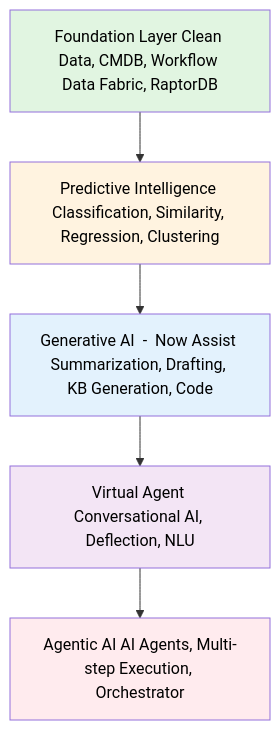
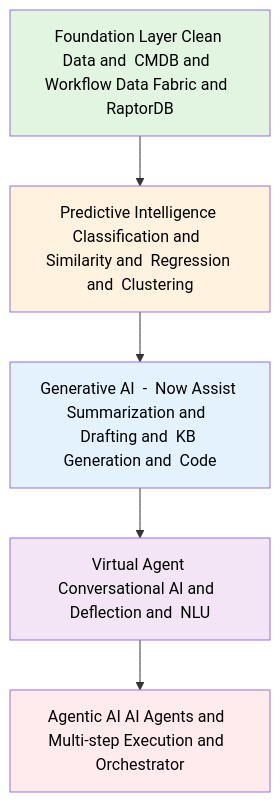
One commit to eltonaguiar/ServiceNow_Learning_TSOM-_CSM_FSM_SalesCRM_HAM_ITSM changed the second of 6 diagrams in docs/modules/ai/ai-guide.md. Above: the diagram before and after it, drawn with Mermaid. The commit also changed other lines of this file and 19 other files, not shown here.

Commit message:
Fix all Mermaid diagram special characters - replace dollar, parens, slashes, quotes, pipes, nested brackets and other unsafe chars inside brackets with safe alternatives across 19 files

````diff
--- a/docs/modules/ai/ai-guide.md
+++ b/docs/modules/ai/ai-guide.md
@@ -1105,13 +1105,13 @@
 ```mermaid
 graph TD
-    F[Foundation Layer Clean Data, CMDB, Workflow Data Fabric, RaptorDB] --> P[Predictive Intelligence Classification, Similarity, Regression, Clustering]
-    P --> G[Generative AI  -  Now Assist Summarization, Drafting, KB Generation, Code]
-    G --> V[Virtual Agent Conversational AI, Deflection, NLU]
-    V --> A[Agentic AI AI Agents, Multi-step Execution, Orchestrator]
+    F[Foundation Layer Clean Data and  CMDB and  Workflow Data Fabric and  RaptorDB] --> P[Predictive Intelligence Classification and  Similarity and  Regression and  Clustering]
+    P --> G[Generative AI  -  Now Assist Summarization and  Drafting and  KB Generation and  Code]
+    G --> V[Virtual Agent Conversational AI and  Deflection and  NLU]
+    V --> A[Agentic AI AI Agents and  Multi-step Execution and  Orchestrator]
 
     style F fill:#e1f5e1,color:#000
     style P fill:#fff3e0,color:#000
     style G fill:#e3f2fd,color:#000
     style V fill:#f3e5f5,color:#000
     style A fill:#ffebee,color:#000
 ```
````
